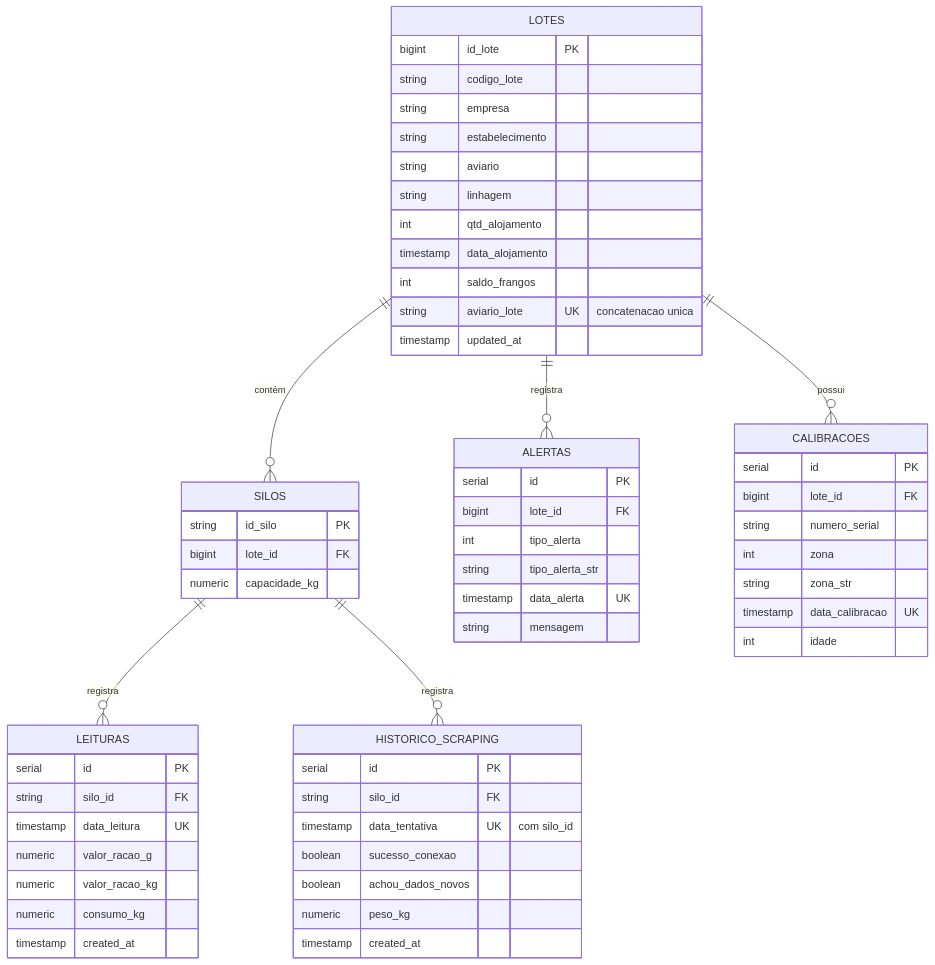
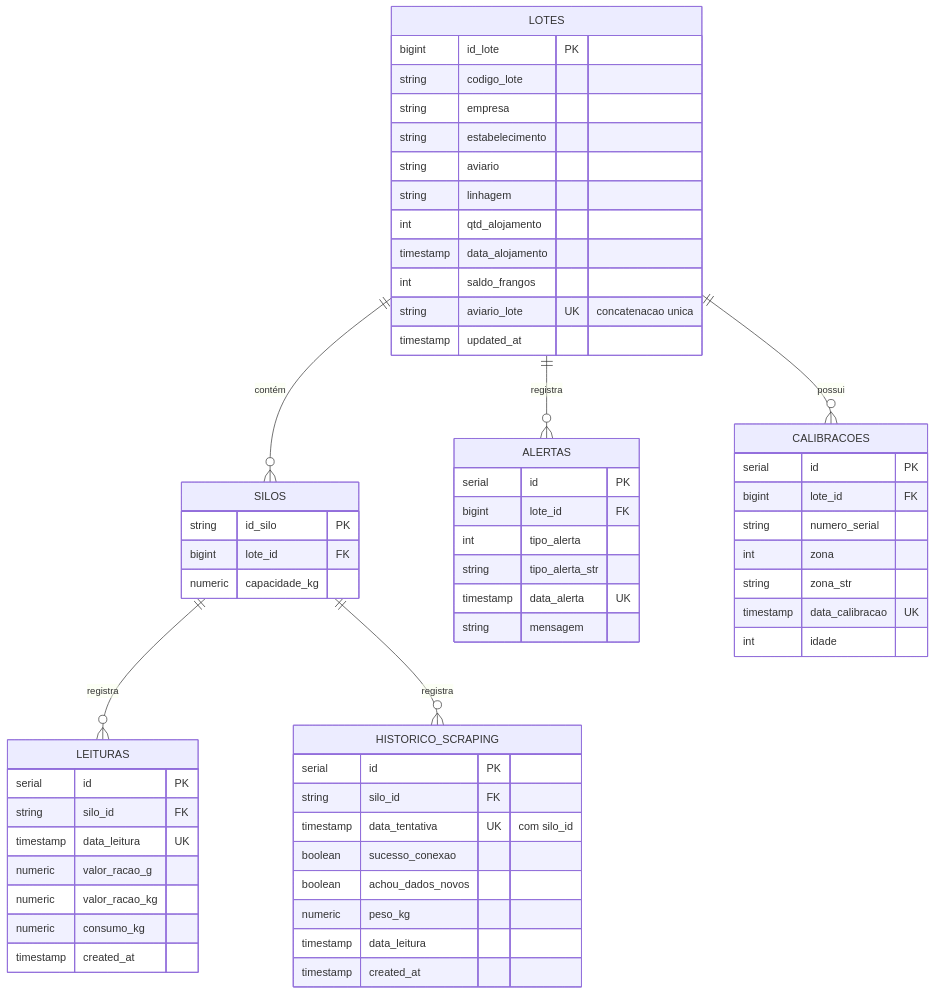
The diagram in knowledge/architecture.md (brunocorisco86/AgrisolusScraper), drawn with Mermaid before and after one commit. The commit also changed other lines of this file and 2 other files, not shown here.

Commit message:
docs & refactor: atualiza arquitetura e script de comissionamento com suporte ao campo data_leitura

````diff
--- a/knowledge/architecture.md
+++ b/knowledge/architecture.md
@@ -37,67 +37,68 @@
 ```mermaid
 erDiagram
     LOTES ||--o{ SILOS : "contém"
     LOTES ||--o{ ALERTAS : "registra"
     LOTES ||--o{ CALIBRACOES : "possui"
     SILOS ||--o{ LEITURAS : "registra"
     SILOS ||--o{ HISTORICO_SCRAPING : "registra"
 
     LOTES {
         bigint id_lote PK
         string codigo_lote
         string empresa
         string estabelecimento
         string aviario
         string linhagem
         int qtd_alojamento
         timestamp data_alojamento
         int saldo_frangos
         string aviario_lote UK "concatenacao unica"
         timestamp updated_at
     }
 
     SILOS {
         string id_silo PK
         bigint lote_id FK
         numeric capacidade_kg
     }
 
     LEITURAS {
         serial id PK
         string silo_id FK
         timestamp data_leitura UK
         numeric valor_racao_g
         numeric valor_racao_kg
         numeric consumo_kg
         timestamp created_at
     }
 
     ALERTAS {
         serial id PK
         bigint lote_id FK
         int tipo_alerta
         string tipo_alerta_str
         timestamp data_alerta UK
         string mensagem
     }
 
     CALIBRACOES {
         serial id PK
         bigint lote_id FK
         string numero_serial
         int zona
         string zona_str
         timestamp data_calibracao UK
         int idade
     }
 
     HISTORICO_SCRAPING {
         serial id PK
         string silo_id FK
         timestamp data_tentativa UK "com silo_id"
         boolean sucesso_conexao
         boolean achou_dados_novos
         numeric peso_kg
+        timestamp data_leitura
         timestamp created_at
     }
 ```
````
